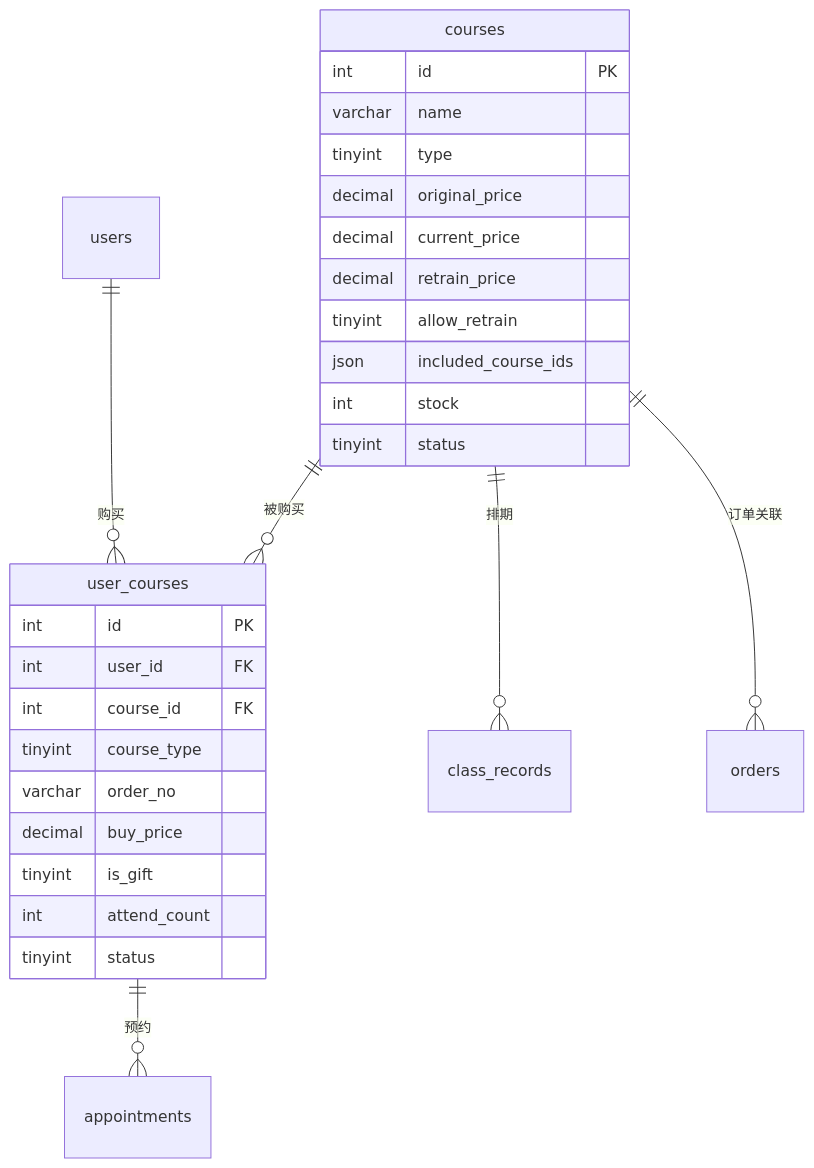
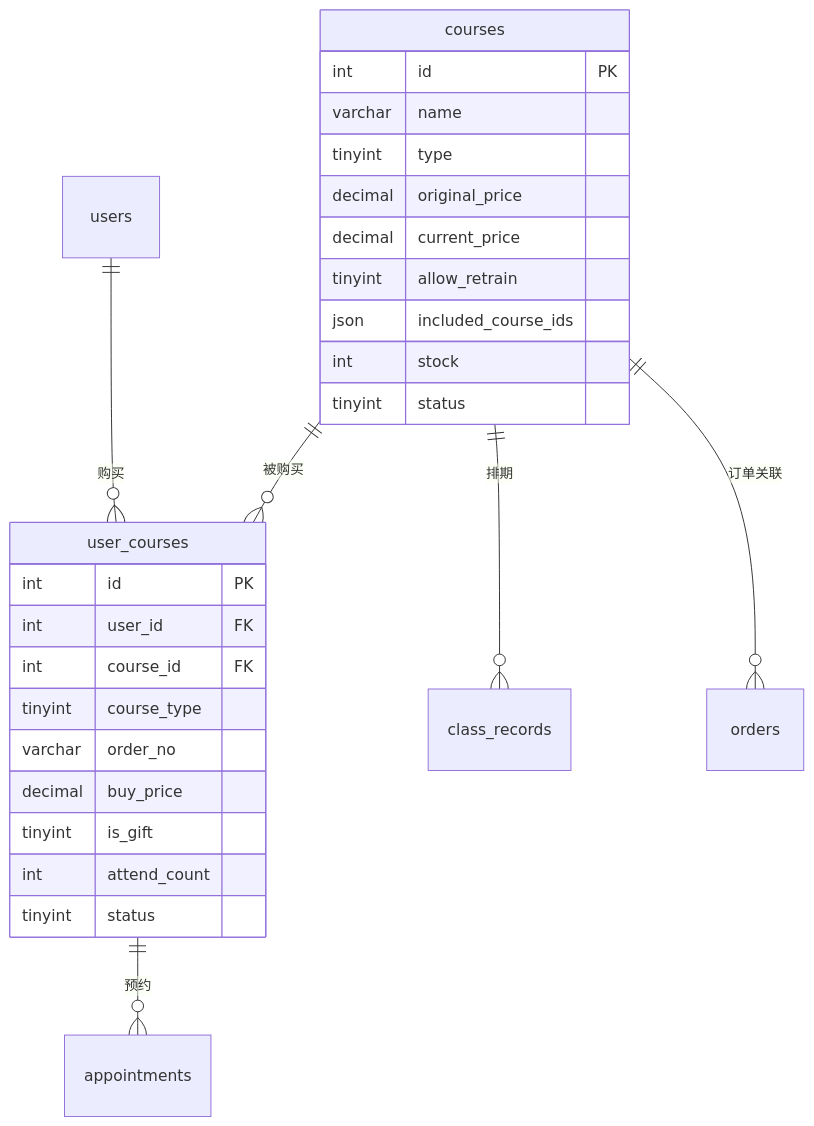
Before and after one commit to richenHe/tiandaowenhua_xcx: the diagram in docs/database/02_课程模块.md, drawn with Mermaid. The commit also changed other lines of this file and 82 other files, not shown here.

Commit message:
图片正式环境显示

````diff
--- a/docs/database/02_课程模块.md
+++ b/docs/database/02_课程模块.md
@@ -209,33 +209,32 @@
 ```mermaid
 erDiagram
     courses ||--o{ user_courses : "被购买"
     courses ||--o{ class_records : "排期"
     courses ||--o{ orders : "订单关联"
     users ||--o{ user_courses : "购买"
     user_courses ||--o{ appointments : "预约"
 
     courses {
         int id PK
         varchar name
         tinyint type
         decimal original_price
         decimal current_price
-        decimal retrain_price
         tinyint allow_retrain
         json included_course_ids
         int stock
         tinyint status
     }
 
     user_courses {
         int id PK
         int user_id FK
         int course_id FK
         tinyint course_type
         varchar order_no
         decimal buy_price
         tinyint is_gift
         int attend_count
         tinyint status
     }
 ```
````
